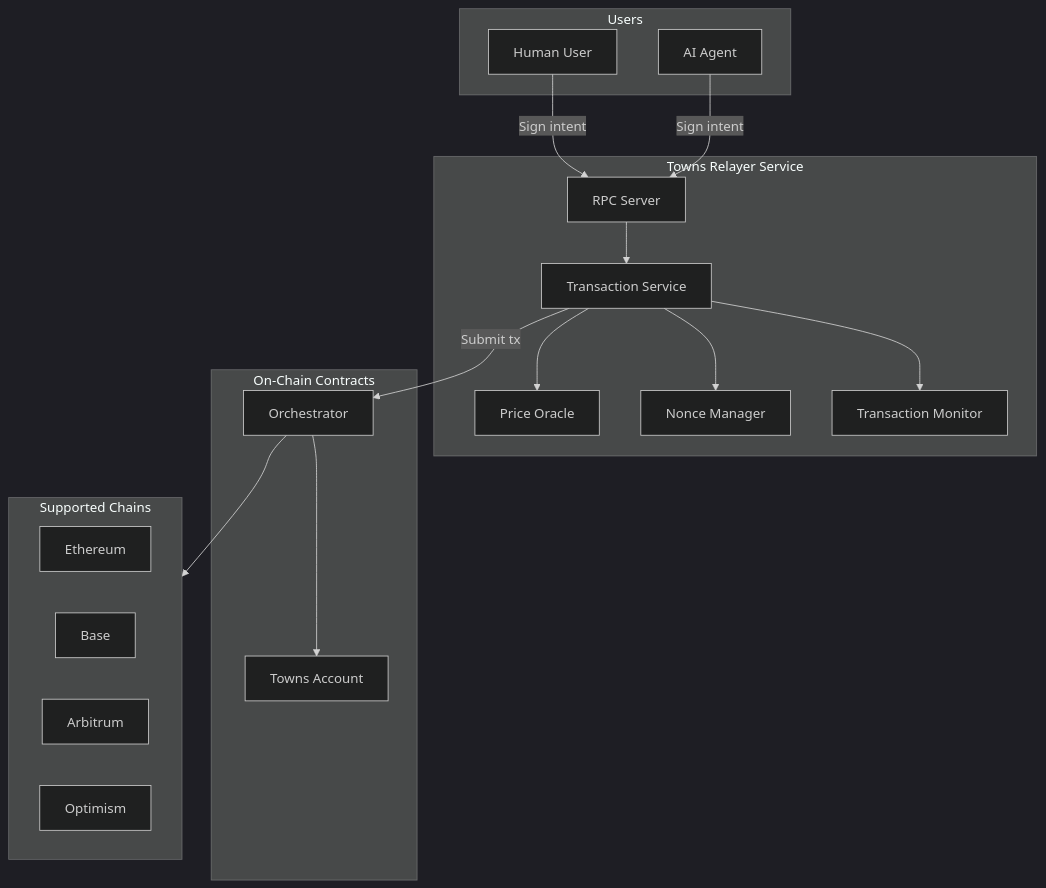
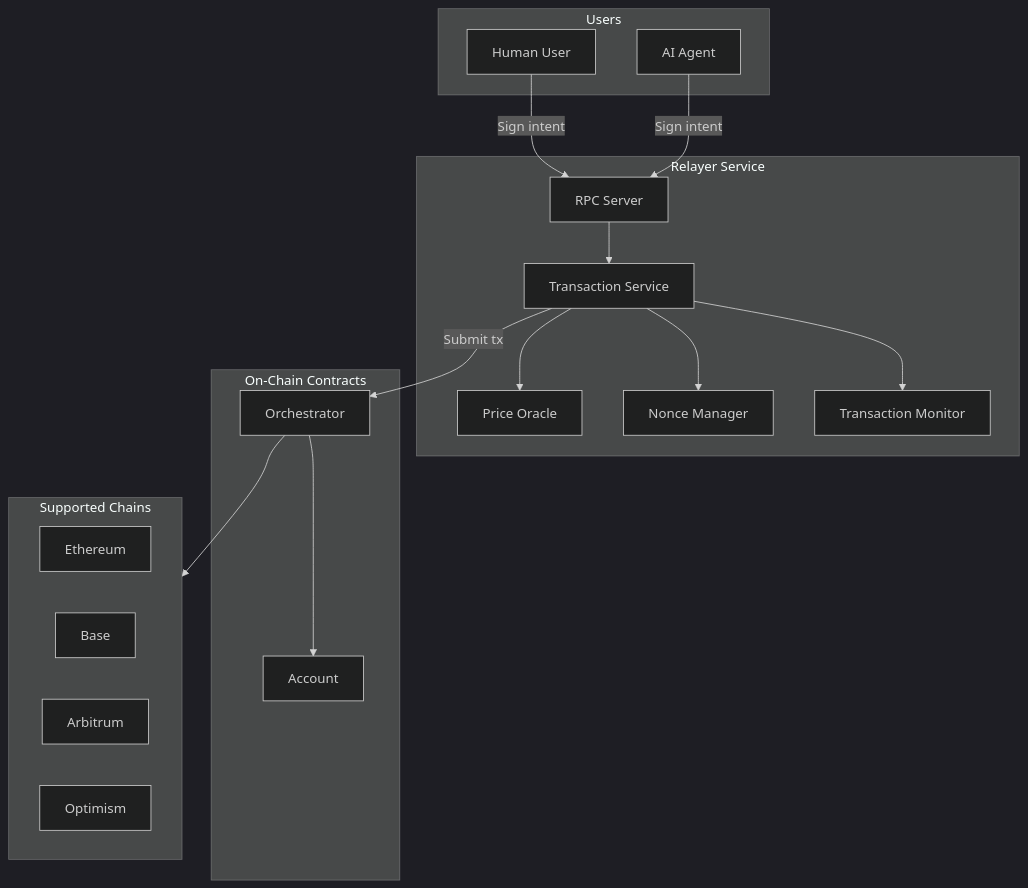
One commit to nublai/payments changed the second of 3 diagrams in packages/relayer/docs/INTRO.md. Above: the diagram before and after it, drawn with Mermaid (dark theme). The commit also changed other lines of this file and 163 other files, not shown here.

First line of the commit message:
Rename TownsAccount to Account and drop Towns branding.

````diff
--- a/packages/relayer/docs/INTRO.md
+++ b/packages/relayer/docs/INTRO.md
@@ -173,37 +173,37 @@
 ```mermaid
 flowchart TB
     subgraph Users
         HumanUser[Human User]
         AIAgent[AI Agent]
     end
 
-    subgraph TownsRelayer[Towns Relayer Service]
+    subgraph Relayer[Relayer Service]
         RPC[RPC Server]
         TxService[Transaction Service]
         PriceOracle[Price Oracle]
         NonceManager[Nonce Manager]
         Monitor[Transaction Monitor]
     end
 
     subgraph Contracts[On-Chain Contracts]
-        TownsAccount[Towns Account]
+        Account[Account]
         Orchestrator[Orchestrator]
     end
 
     subgraph Chains[Supported Chains]
         Ethereum
         Base
         Arbitrum
         Optimism
     end
 
     HumanUser -->|Sign intent| RPC
     AIAgent -->|Sign intent| RPC
     RPC --> TxService
     TxService --> PriceOracle
     TxService --> NonceManager
     TxService --> Monitor
     TxService -->|Submit tx| Orchestrator
-    Orchestrator --> TownsAccount
+    Orchestrator --> Account
     Orchestrator --> Chains
 ```
````
